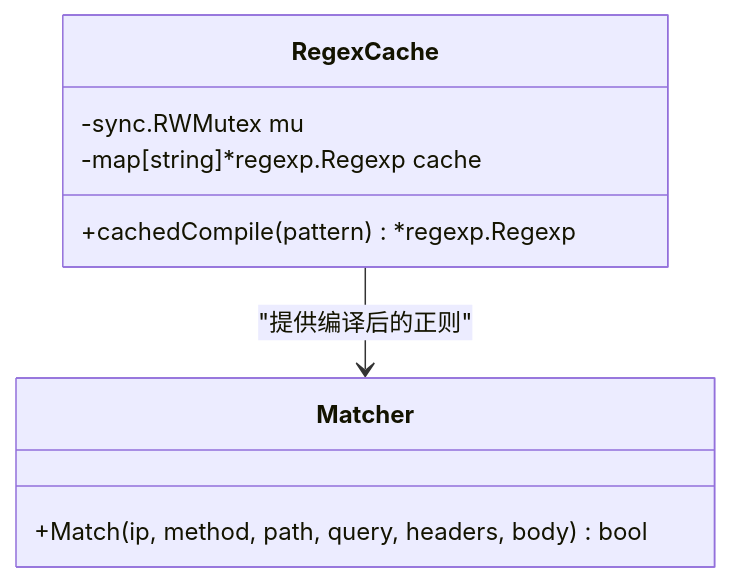
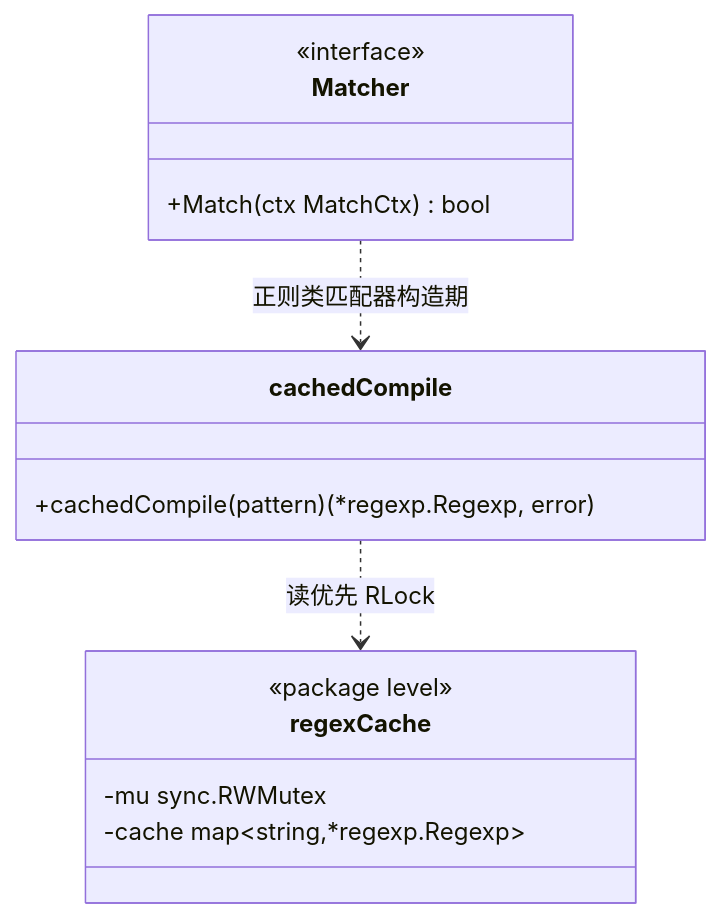
One commit to x01n/My-OpenWaf changed the fifth of 7 diagrams in docs/WAF 引擎系统/引擎核心架构/规则编译缓存.md. Above: the diagram before and after it, drawn with Mermaid. The commit also changed other lines of this file and 622 other files, not shown here.

````diff
--- a/docs/WAF 引擎系统/引擎核心架构/规则编译缓存.md
+++ b/docs/WAF 引擎系统/引擎核心架构/规则编译缓存.md
@@ -204,12 +357,17 @@
 ```mermaid
 classDiagram
-class RegexCache {
--sync.RWMutex mu
--map[string]*regexp.Regexp cache
-+cachedCompile(pattern) *regexp.Regexp
+class regexCache {
+<<package level>>
+-mu sync.RWMutex
+-cache map~string,*regexp.Regexp~
+}
+class cachedCompile {
++cachedCompile(pattern) (*regexp.Regexp, error)
 }
 class Matcher {
-+Match(ip, method, path, query, headers, body) bool
+<<interface>>
++Match(ctx MatchCtx) bool
 }
-RegexCache --> Matcher : "提供编译后的正则"
+cachedCompile ..> regexCache : 读优先 RLock
+Matcher ..> cachedCompile : 正则类匹配器构造期
 ```
````
